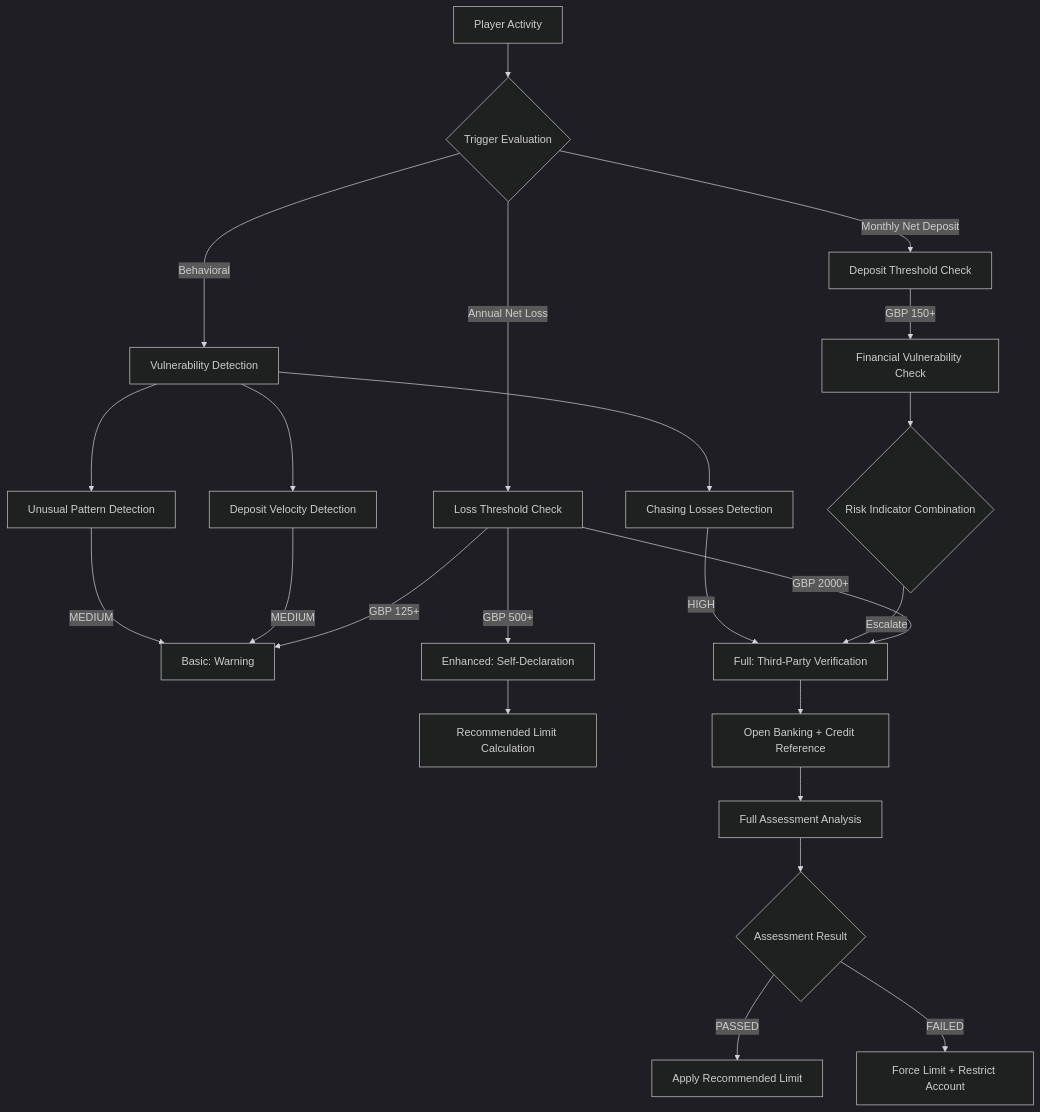
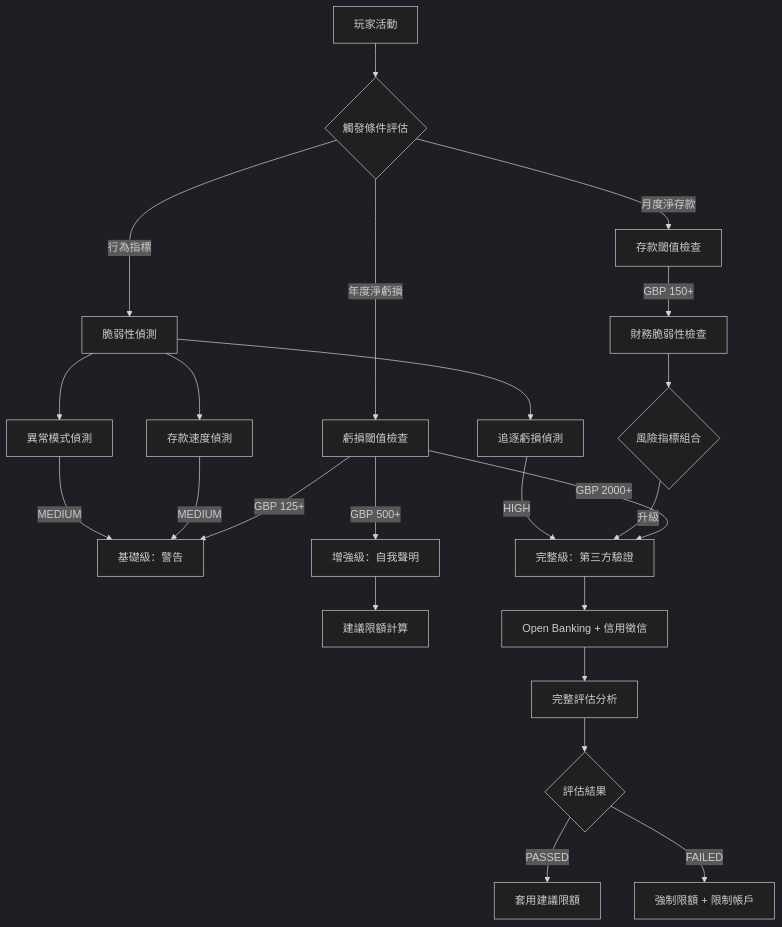
Before and after one commit to ron03wlb/smart-admin: the diagram in docs/iGaming/architecture/05_Risk_Engine/Affordability_Implementation.md, drawn with Mermaid (dark theme). The commit also changed other lines of this file and 4 other files, not shown here.

First line of the commit message:
docs(iGaming): translate Batch 21 — Activity Engine/Risk Engine (5 files)

````diff
--- a/docs/iGaming/architecture/05_Risk_Engine/Affordability_Implementation.md
+++ b/docs/iGaming/architecture/05_Risk_Engine/Affordability_Implementation.md
@@ -12,30 +12,30 @@
 ```mermaid
 graph TD
-    A[Player Activity] --> B{Trigger Evaluation}
-    B -->|Annual Net Loss| C[Loss Threshold Check]
-    B -->|Monthly Net Deposit| D[Deposit Threshold Check]
-    B -->|Behavioral| E[Vulnerability Detection]
+    A[玩家活動] --> B{觸發條件評估}
+    B -->|年度淨虧損| C[虧損閾值檢查]
+    B -->|月度淨存款| D[存款閾值檢查]
+    B -->|行為指標| E[脆弱性偵測]
 
-    C -->|GBP 125+| F[Basic: Warning]
-    C -->|GBP 500+| G[Enhanced: Self-Declaration]
-    C -->|GBP 2000+| H[Full: Third-Party Verification]
+    C -->|GBP 125+| F[基礎級：警告]
+    C -->|GBP 500+| G[增強級：自我聲明]
+    C -->|GBP 2000+| H[完整級：第三方驗證]
 
-    D -->|GBP 150+| I[Financial Vulnerability Check]
-    I --> J{Risk Indicator Combination}
-    J -->|Escalate| H
+    D -->|GBP 150+| I[財務脆弱性檢查]
+    I --> J{風險指標組合}
+    J -->|升級| H
 
-    E --> K[Chasing Losses Detection]
-    E --> L[Deposit Velocity Detection]
-    E --> M[Unusual Pattern Detection]
+    E --> K[追逐虧損偵測]
+    E --> L[存款速度偵測]
+    E --> M[異常模式偵測]
 
     K -->|HIGH| H
     L -->|MEDIUM| F
     M -->|MEDIUM| F
 
-    G --> N[Recommended Limit Calculation]
-    H --> O[Open Banking + Credit Reference]
-    O --> P[Full Assessment Analysis]
-    P --> Q{Assessment Result}
-    Q -->|PASSED| R[Apply Recommended Limit]
-    Q -->|FAILED| S[Force Limit + Restrict Account]
+    G --> N[建議限額計算]
+    H --> O[Open Banking + 信用徵信]
+    O --> P[完整評估分析]
+    P --> Q{評估結果}
+    Q -->|PASSED| R[套用建議限額]
+    Q -->|FAILED| S[強制限額 + 限制帳戶]
 ```
````
